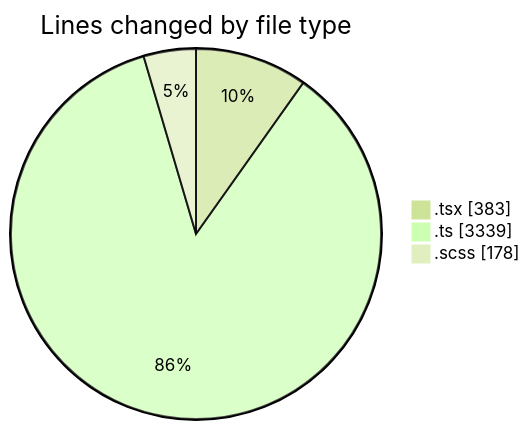
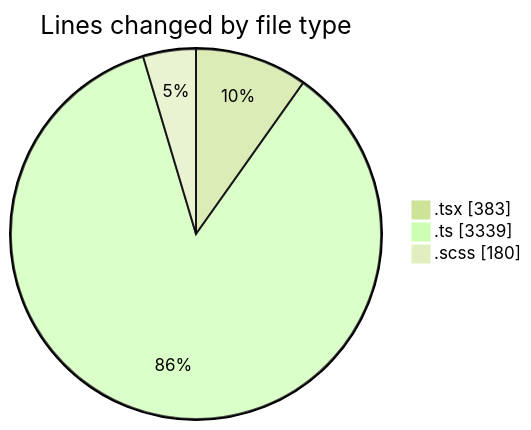
One commit to momahboobian/code-tracking changed the first of 2 diagrams in 2025-09-17/cda/README.md. Above: the diagram before and after it, drawn with Mermaid (forest theme). The commit also changed other lines of this file and 1 other file, not shown here.

````diff
--- a/2025-09-17/cda/README.md
+++ b/2025-09-17/cda/README.md
@@ -24,7 +24,7 @@
 ```mermaid
 pie showData
 title Lines changed by file type
 ".tsx" : 383
 ".ts" : 3339
-".scss" : 178
+".scss" : 180
 ```
````
